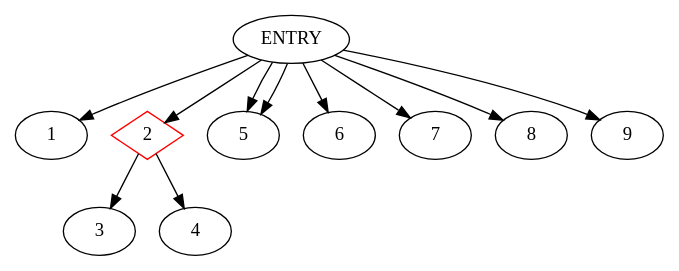
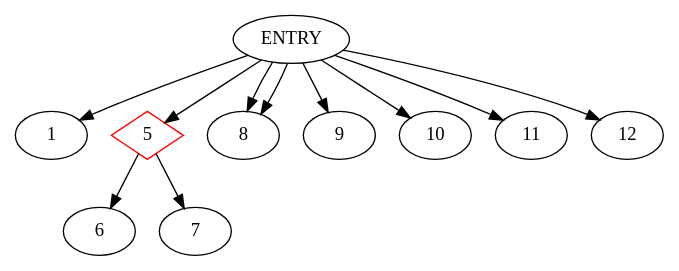
The diagram in Testgen/Testgen_Sonam/Testgen/CDG.dot (akshitij/TestgenRepo), drawn with Graphviz before and after one commit. The commit also changed 53 other files, not shown here.

```diff
--- a/Testgen/Testgen_Sonam/Testgen/CDG.dot
+++ b/Testgen/Testgen_Sonam/Testgen/CDG.dot
@@ -1,13 +1,13 @@
 digraph CDG {
 ENTRY -> 1
-2 [shape=diamond, color=red]
-ENTRY -> 2
-2-> 3
-2-> 4
+5 [shape=diamond, color=red]
 ENTRY -> 5
-ENTRY -> 5
-ENTRY -> 6
-ENTRY -> 7
+5-> 6
+5-> 7
+ENTRY -> 8
 ENTRY -> 8
 ENTRY -> 9
+ENTRY -> 10
+ENTRY -> 11
+ENTRY -> 12
 }
```
